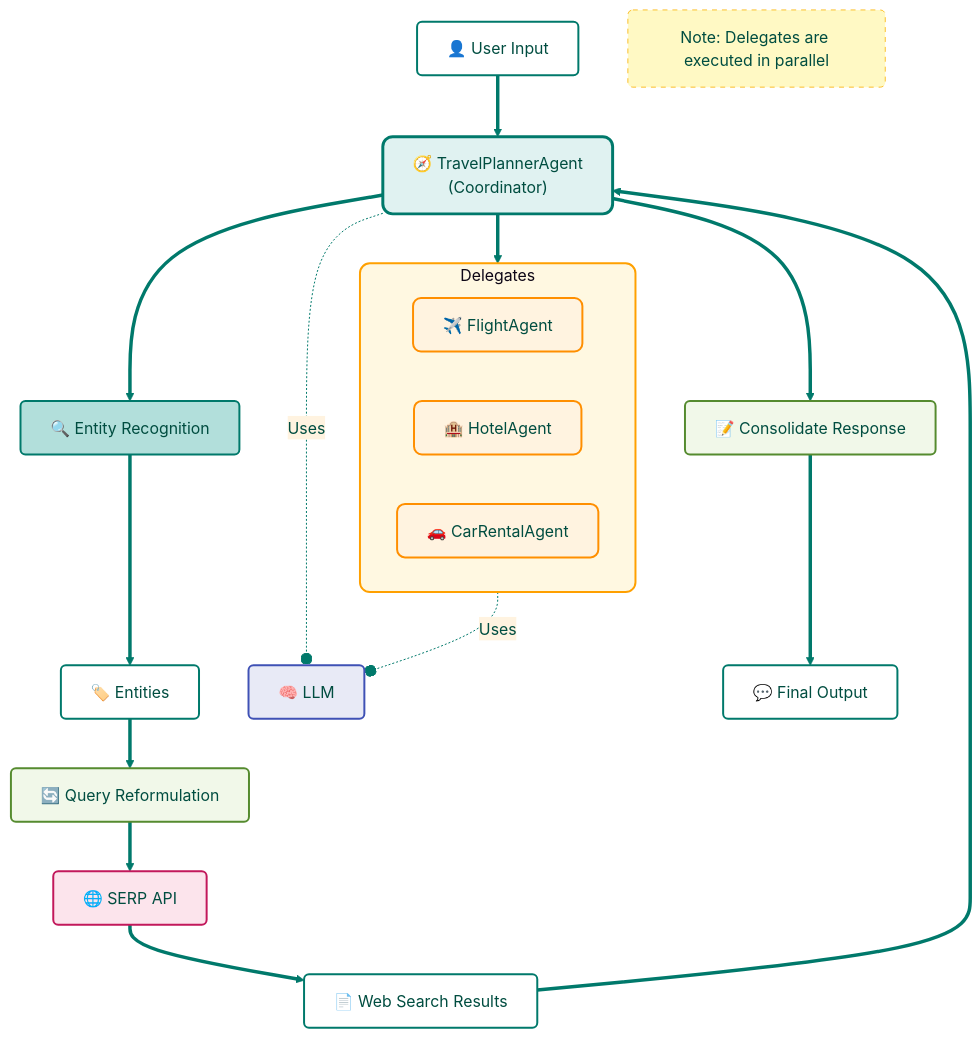
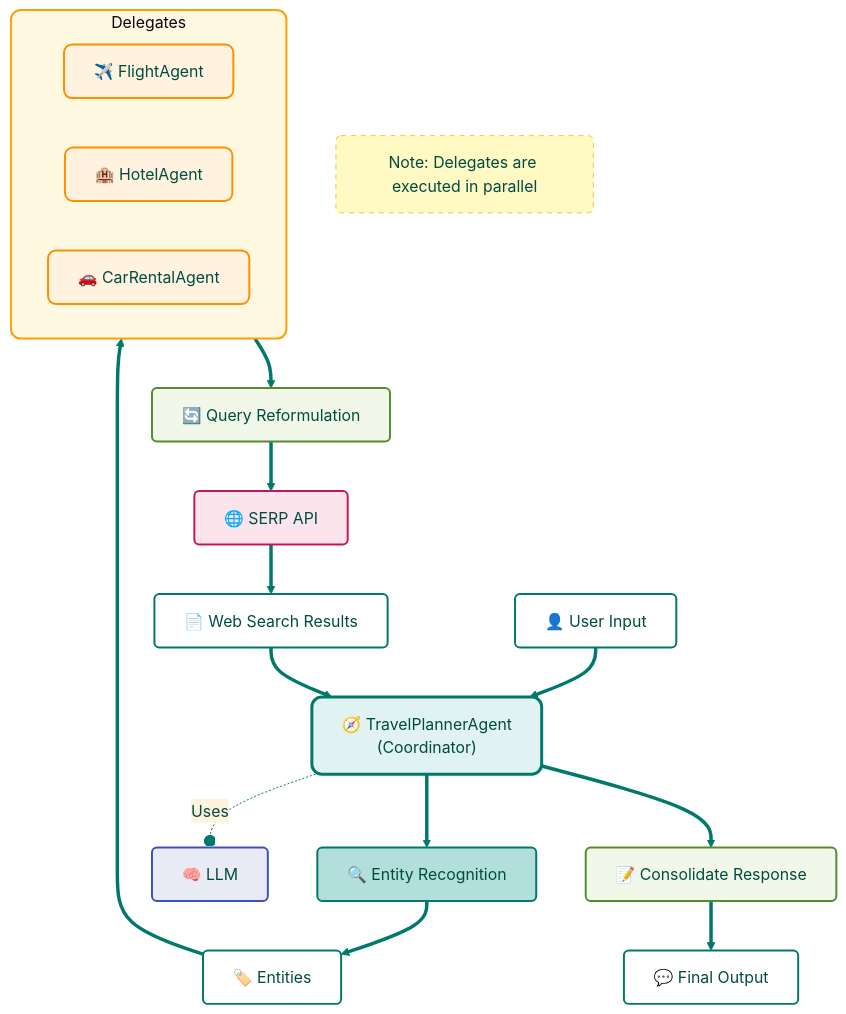
Before and after one commit to achimdehnert/Agentic-Workflow-Patterns: the diagram in img/mermaid/framework/parallel_delegates.mmd, drawn with Mermaid. The commit also changed 3 other files, not shown here.

```diff
--- a/img/mermaid/framework/parallel_delegates.mmd
+++ b/img/mermaid/framework/parallel_delegates.mmd
@@ -1,58 +1,56 @@
 %%{init: {
   'theme': 'base',
   'themeVariables': {
     'primaryColor': '#E0F2F1',
     'primaryTextColor': '#004D40',
     'primaryBorderColor': '#00796B',
     'lineColor': '#00796B',
     'secondaryColor': '#FFF3E0',
     'tertiaryColor': '#F1F8E9'
   }
 }}%%
 flowchart TB
     classDef default fill:#fff,stroke:#00796B,stroke-width:2px,rx:5,ry:5;
     classDef coordinator fill:#E0F2F1,stroke:#00796B,stroke-width:3px,rx:10,ry:10;
     classDef intent fill:#B2DFDB,stroke:#00796B,stroke-width:2px;
     classDef delegate fill:#FFF3E0,stroke:#FF8F00,stroke-width:2px,rx:8,ry:8;
     classDef llm fill:#E8EAF6,stroke:#3F51B5,stroke-width:2px,rx:5,ry:5;
     classDef api fill:#FCE4EC,stroke:#C2185B,stroke-width:2px,rx:5,ry:5;
     classDef process fill:#F1F8E9,stroke:#558B2F,stroke-width:2px,rx:5,ry:5;
     classDef note fill:#FFF9C4,stroke:#FBC02D,stroke-width:1px,stroke-dasharray: 5 5;
-    
+
     U["👤 User Input"]:::default
     TP["🧭 TravelPlannerAgent<br>(Coordinator)"]:::coordinator
     ER["🔍 Entity Recognition"]:::intent
     E["🏷️ Entities"]:::default
     LLM["🧠 LLM"]:::llm
     R["🔄 Query Reformulation"]:::process
     S["🌐 SERP API"]:::api
     W["📄 Web Search Results"]:::default
     CO["📝 Consolidate Response"]:::process
     O["💬 Final Output"]:::default
     
     U ==> TP
     TP ==> ER
     ER ==> E
-    E ==> R
+    E ==> Delegates
+    Delegates ==> R
     R ==> S
     S ==> W
     W ==> TP
     TP ==> CO
     CO ==> O
     
     TP -.-o |Uses| LLM
     
     subgraph Delegates ["Delegates"]
         direction LR
         F["✈️ FlightAgent"]:::delegate
         H["🏨 HotelAgent"]:::delegate
         C["🚗 CarRentalAgent"]:::delegate
     end
     
     %% Note about parallel execution
     ParallelNote["Note: Delegates are executed in parallel"]:::note
     
-    TP ==> Delegates
-    Delegates -.-o |Uses| LLM
-    
     style Delegates fill:#FFF8E1,stroke:#FFA000,stroke-width:2px,rx:10,ry:10;
```
